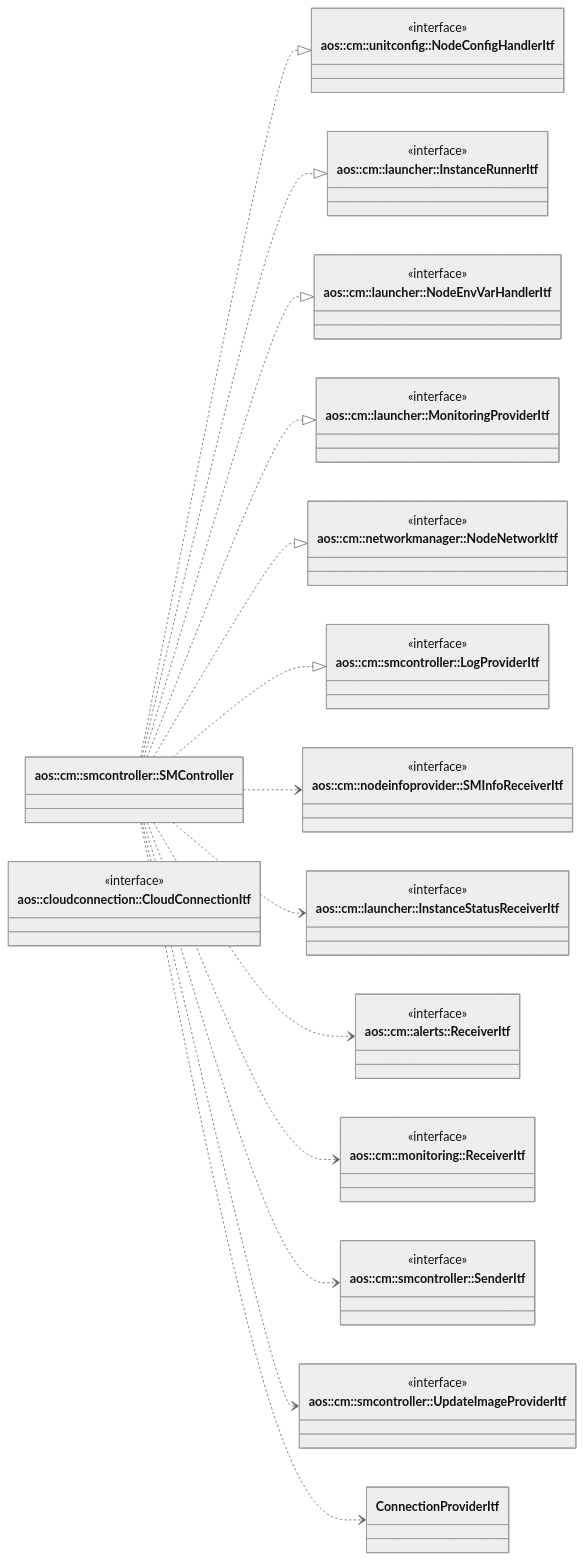
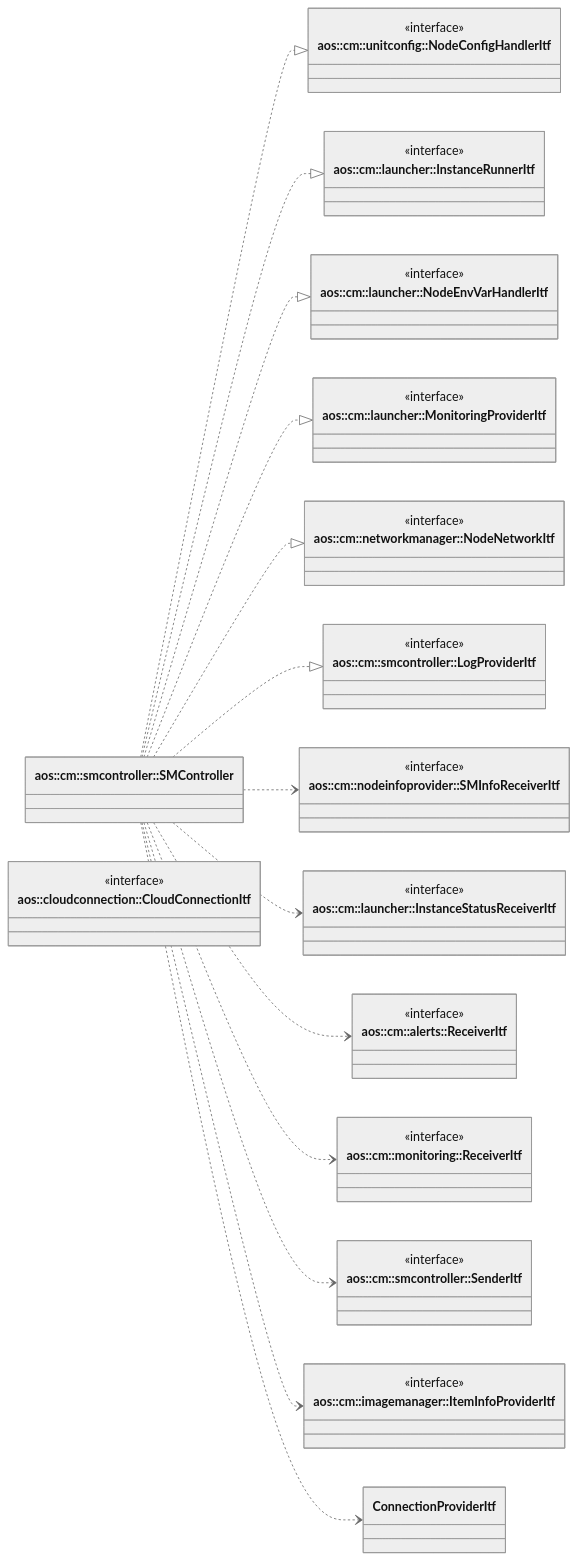
One commit to aosedge/aos_core_lib_cpp changed the diagram in src/core/cm/smcontroller/smcontroller.md. Above: the diagram before and after it, drawn with Mermaid (neutral theme). The commit also changed other lines of this file and 3 other files, not shown here.

Commit message:
cm: smcontroller: use imagemanager::ItemInfoProviderItf

````diff
--- a/src/core/cm/smcontroller/smcontroller.md
+++ b/src/core/cm/smcontroller/smcontroller.md
@@ -28,74 +28,74 @@
 ```mermaid
 classDiagram
     direction LR
 
     class SMController["aos::cm::smcontroller::SMController"] {
     }
 
     class NodeConfigHandlerItf["aos::cm::unitconfig::NodeConfigHandlerItf"] {
         <<interface>>
     }
 
     class InstanceRunnerItf["aos::cm::launcher::InstanceRunnerItf"] {
         <<interface>>
     }
 
     class NodeEnvVarHandlerItf["aos::cm::launcher::NodeEnvVarHandlerItf"] {
         <<interface>>
     }
 
     class MonitoringProviderItf["aos::cm::launcher::MonitoringProviderItf"] {
         <<interface>>
     }
 
     class NodeNetworkItf["aos::cm::networkmanager::NodeNetworkItf"] {
         <<interface>>
     }
 
     class LogProviderItf["aos::cm::smcontroller::LogProviderItf"] {
         <<interface>>
     }
 
     class SMInfoReceiverItf["aos::cm::nodeinfoprovider::SMInfoReceiverItf"] {
         <<interface>>
     }
 
     class InstanceStatusReceiverItf["aos::cm::launcher::InstanceStatusReceiverItf"] {
         <<interface>>
     }
 
     class AlertsReceiverItf["aos::cm::alerts::ReceiverItf"] {
         <<interface>>
     }
 
     class MonitoringReceiverItf["aos::cm::monitoring::ReceiverItf"] {
         <<interface>>
     }
 
     class SenderItf ["aos::cm::smcontroller::SenderItf"] {
         <<interface>>
     }
 
-    class UpdateImageProviderItf ["aos::cm::smcontroller::UpdateImageProviderItf"] {
+    class ItemInfoProviderItf ["aos::cm::imagemanager::ItemInfoProviderItf"] {
         <<interface>>
     }
 
     class CloudConnectionItf ["aos::cloudconnection::CloudConnectionItf"] {
         <<interface>>
     }
 
     SMController ..|> NodeConfigHandlerItf
     SMController ..|> InstanceRunnerItf
     SMController ..|> NodeEnvVarHandlerItf
     SMController ..|> MonitoringProviderItf
     SMController ..|> NodeNetworkItf
     SMController ..|> LogProviderItf
 
     SMController ..> SMInfoReceiverItf
     SMController ..> InstanceStatusReceiverItf
     SMController ..> AlertsReceiverItf
     SMController ..> MonitoringReceiverItf
     SMController ..> SenderItf
-    SMController ..> UpdateImageProviderItf
+    SMController ..> ItemInfoProviderItf
     SMController ..> ConnectionProviderItf
 ```
````
